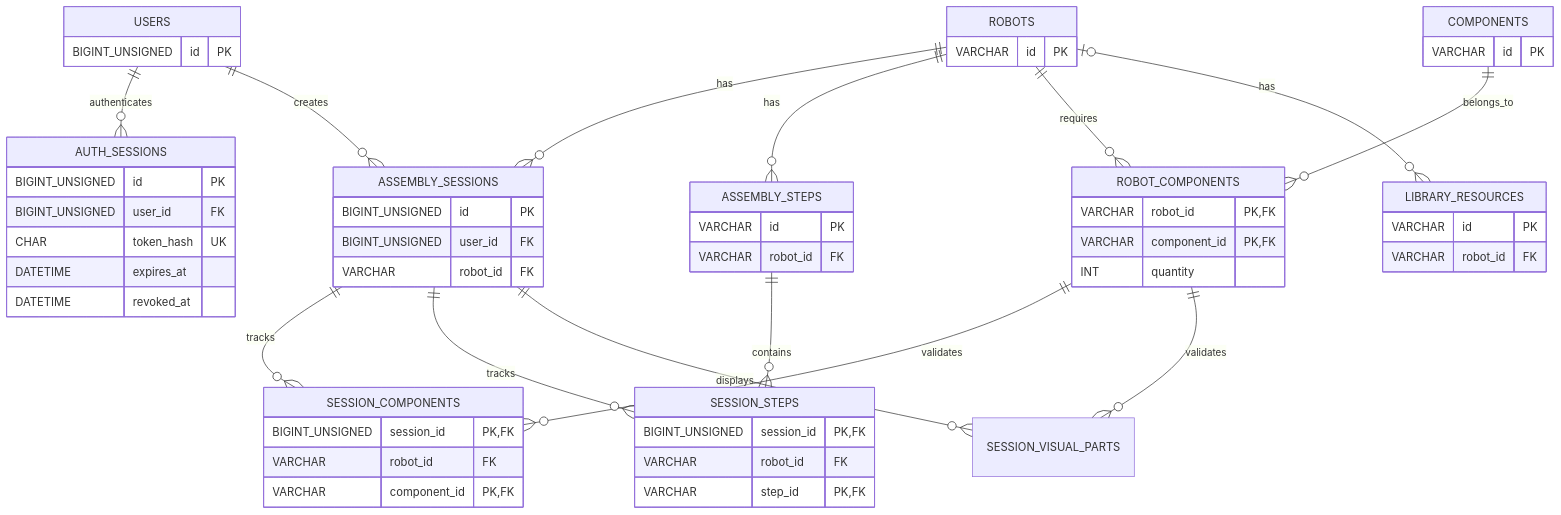
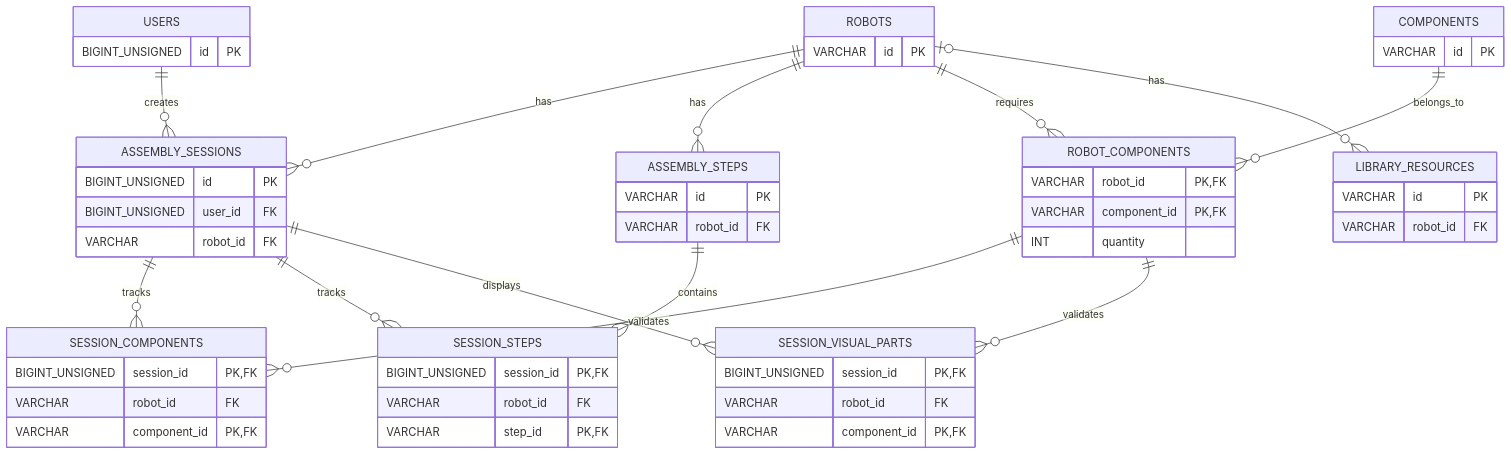
One commit to franz08hmt/Web_Pro changed the diagram in docs/erd.md. Above: the diagram before and after it, drawn with Mermaid. The commit also changed other lines of this file and 109 other files, not shown here.

```diff
--- a/docs/erd.md
+++ b/docs/erd.md
@@ -44,20 +44,16 @@
         VARCHAR step_id PK, FK
     }
 
+    SESSION_VISUAL_PARTS {
+        BIGINT_UNSIGNED session_id PK, FK
+        VARCHAR robot_id FK
+        VARCHAR component_id PK, FK
+    }
+
     LIBRARY_RESOURCES {
         VARCHAR id PK
         VARCHAR robot_id FK
     }
-
-    AUTH_SESSIONS {
-        BIGINT_UNSIGNED id PK
-        BIGINT_UNSIGNED user_id FK
-        CHAR token_hash UK
-        DATETIME expires_at
-        DATETIME revoked_at
-    }
-
-    USERS ||--o{ AUTH_SESSIONS : authenticates
 
     USERS ||--o{ ASSEMBLY_SESSIONS : creates
 
```
